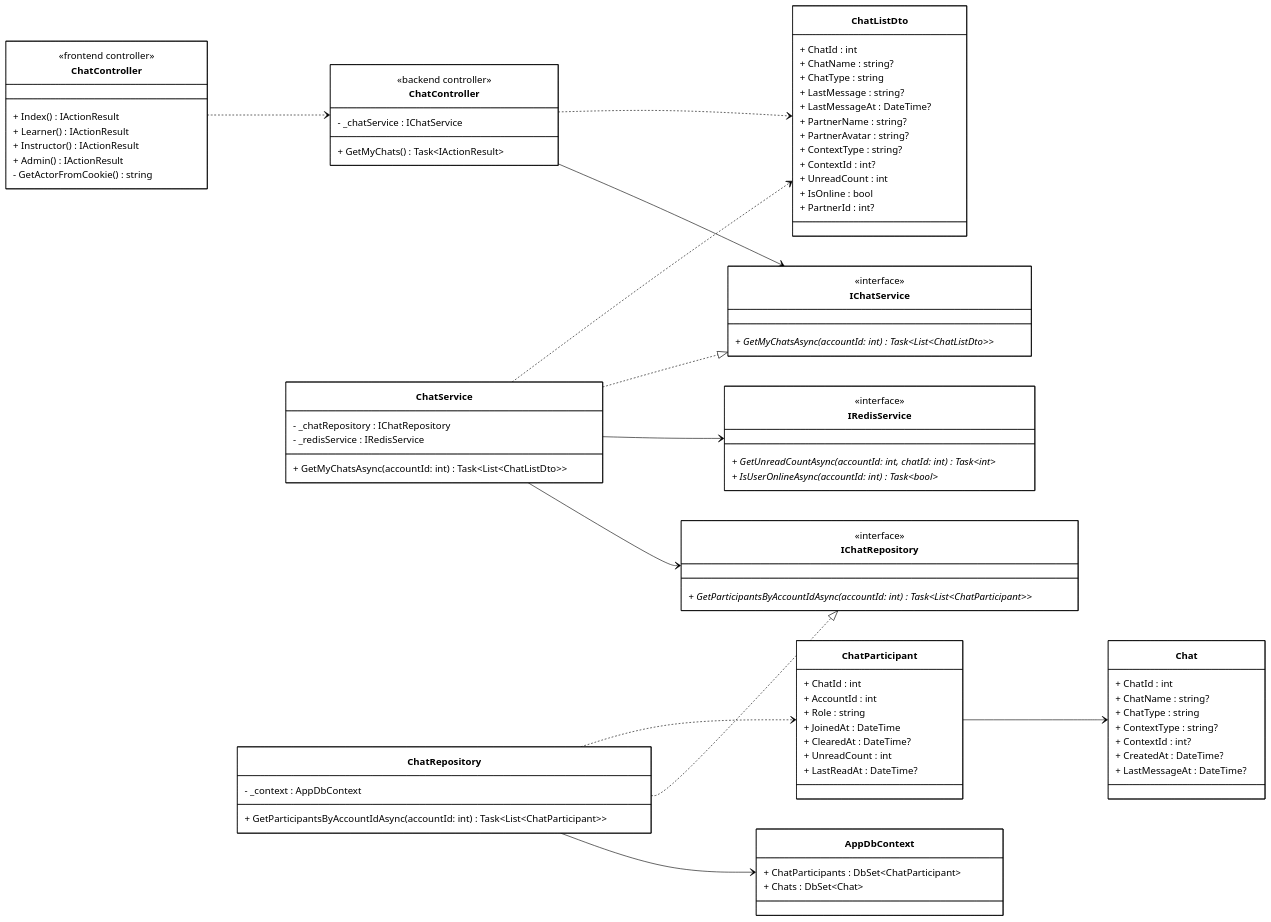
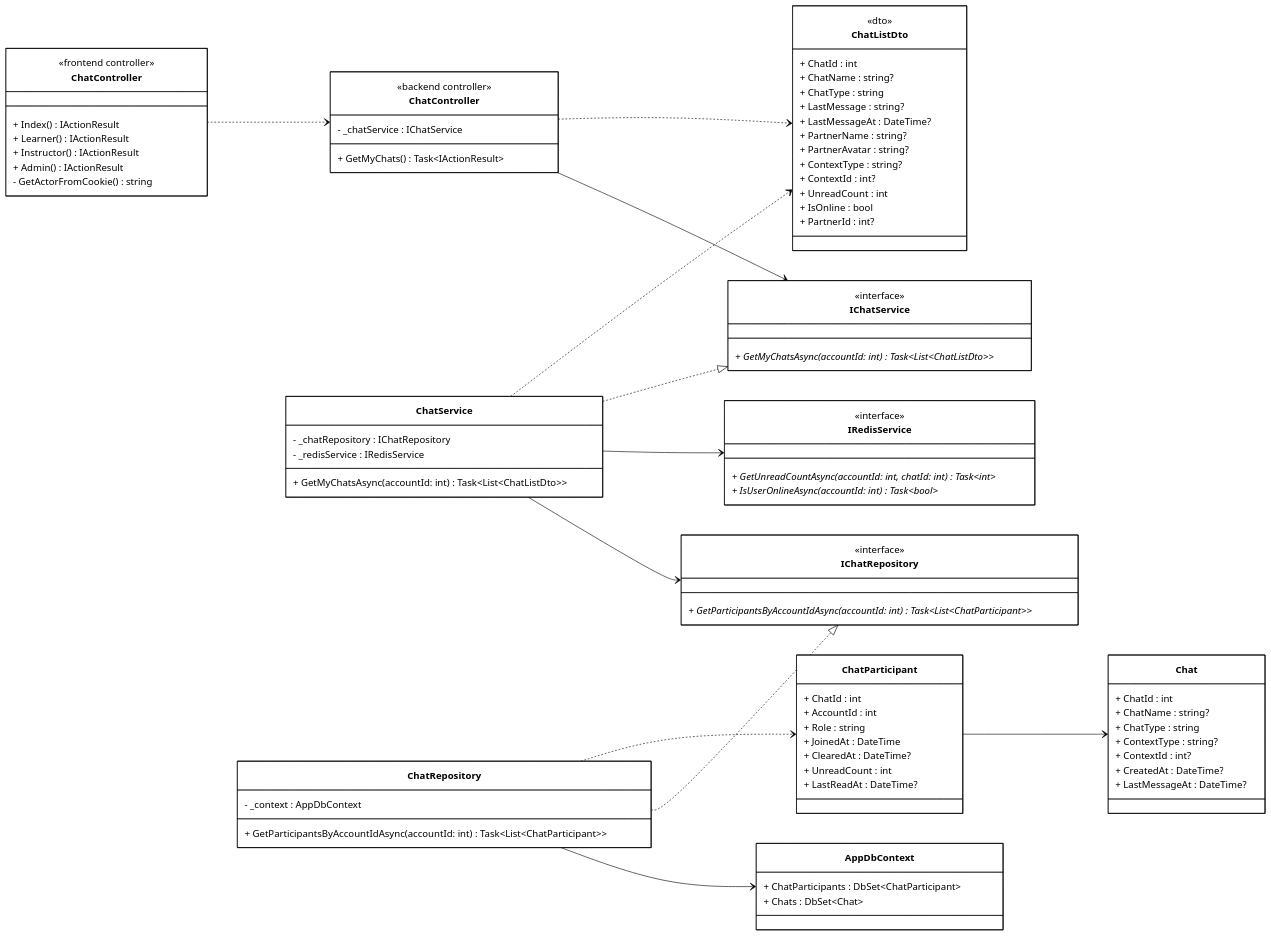
Before and after one commit to 1000do/Linked: the diagram in diagrams/class_mermaid/chat/cls_mm_view_chat_list.mmd, drawn with Mermaid (forest theme). The commit also changed 29 other files, not shown here.

Commit message:
docs: add comprehensive mermaid class diagrams for core system features and update admin layout view

```diff
--- a/diagrams/class_mermaid/chat/cls_mm_view_chat_list.mmd
+++ b/diagrams/class_mermaid/chat/cls_mm_view_chat_list.mmd
@@ -1,125 +1,126 @@
 classDiagram
 direction LR
 
 %% ==================== FRONTEND ====================
 
 class ChatControllerFE["ChatController"] {
     <<frontend controller>>
     + Index() IActionResult
     + Learner() IActionResult
     + Instructor() IActionResult
     + Admin() IActionResult
     - GetActorFromCookie() string
 }
 
 %% ==================== BACKEND - CONTROLLER ====================
 
 class ChatControllerBE["ChatController"] {
     <<backend controller>>
     - _chatService : IChatService
     + GetMyChats() Task~IActionResult~
 }
 
 %% ==================== BACKEND - DTOs ====================
 
 class ChatListDto {
+    <<dto>>
     + ChatId : int
     + ChatName : string?
     + ChatType : string
     + LastMessage : string?
     + LastMessageAt : DateTime?
     + PartnerName : string?
     + PartnerAvatar : string?
     + ContextType : string?
     + ContextId : int?
     + UnreadCount : int
     + IsOnline : bool
     + PartnerId : int?
 }
 
 %% ==================== BACKEND - DOMAIN ENTITIES ====================
 
 class ChatParticipant {
     + ChatId : int
     + AccountId : int
     + Role : string
     + JoinedAt : DateTime
     + ClearedAt : DateTime?
     + UnreadCount : int
     + LastReadAt : DateTime?
 }
 
 class Chat {
     + ChatId : int
     + ChatName : string?
     + ChatType : string
     + ContextType : string?
     + ContextId : int?
     + CreatedAt : DateTime?
     + LastMessageAt : DateTime?
 }
 
 %% ==================== BACKEND - SERVICE INTERFACES ====================
 
 class IChatService {
     <<interface>>
     + GetMyChatsAsync(accountId: int) Task~List~ChatListDto~~ *
 }
 
 class IRedisService {
     <<interface>>
     + GetUnreadCountAsync(accountId: int, chatId: int) Task~int~ *
     + IsUserOnlineAsync(accountId: int) Task~bool~ *
 }
 
 %% ==================== BACKEND - REPOSITORY INTERFACES ====================
 
 class IChatRepository {
     <<interface>>
     + GetParticipantsByAccountIdAsync(accountId: int) Task~List~ChatParticipant~~ *
 }
 
 %% ==================== BACKEND - SERVICE IMPLEMENTATION ====================
 
 class ChatService {
     - _chatRepository : IChatRepository
     - _redisService : IRedisService
     + GetMyChatsAsync(accountId: int) Task~List~ChatListDto~~
 }
 
 %% ==================== BACKEND - REPOSITORY IMPLEMENTATION ====================
 
 class ChatRepository {
     - _context : AppDbContext
     + GetParticipantsByAccountIdAsync(accountId: int) Task~List~ChatParticipant~~
 }
 
 %% ==================== BACKEND - DbContext ====================
 
 class AppDbContext {
     + ChatParticipants : DbSet~ChatParticipant~
     + Chats : DbSet~Chat~
 }
 
 %% ==================== RELATIONSHIPS ====================
 
 %% === UNIDIRECTIONAL ASSOCIATION ===
 ChatControllerBE --> IChatService
 ChatService --> IChatRepository
 ChatService --> IRedisService
 ChatRepository --> AppDbContext
 ChatParticipant --> Chat
 
 %% === INTERFACE REALIZATION ===
 ChatService ..|> IChatService
 ChatRepository ..|> IChatRepository
 
 %% === DEPENDENCY ===
 ChatControllerFE ..> ChatControllerBE
 ChatControllerBE ..> ChatListDto
 ChatService ..> ChatListDto
 ChatRepository ..> ChatParticipant
 
 %% ==================== STYLES ====================
 
 classDef default fill:#FFFFFF,stroke:#000000,stroke-width:1px,color:#000000
```
